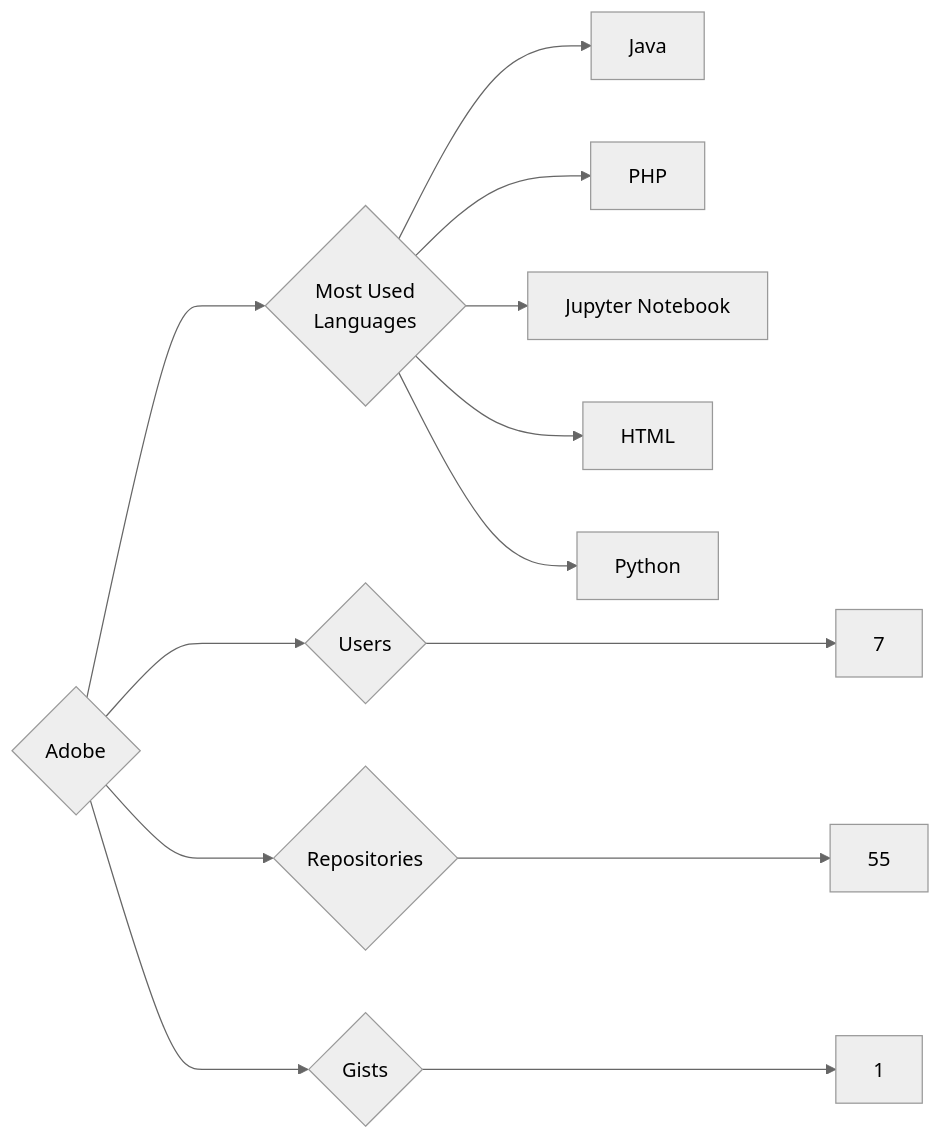
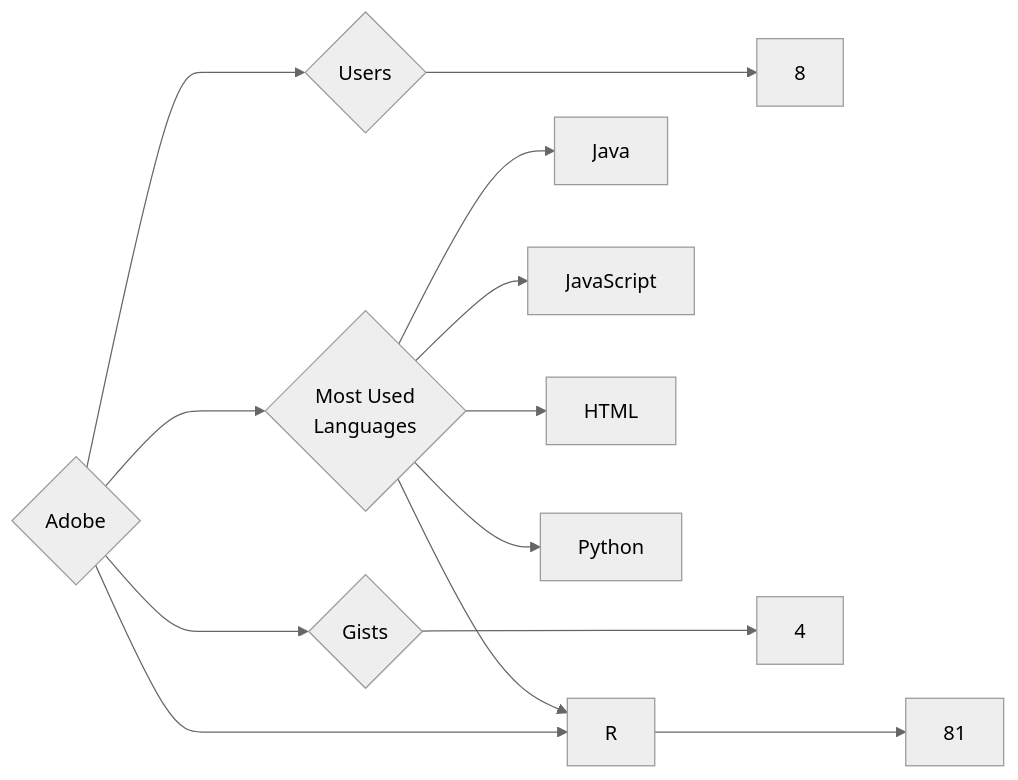
One commit to trickest/insiders changed the diagram in targets/Adobe/README.md. Above: the diagram before and after it, drawn with Mermaid (neutral theme). The commit also changed 859 other files, not shown here.

````diff
--- a/targets/Adobe/README.md
+++ b/targets/Adobe/README.md
@@ -3,13 +3,13 @@
 ```mermaid
 graph LR
 COMPANY_NAME{Adobe}
-COMPANY_NAME ---> U{Users} ---> UN[7]
-COMPANY_NAME ---> R{Repositories} ---> RN[55]
-COMPANY_NAME ---> G{Gists} ---> GN[1]
+COMPANY_NAME ---> U{Users} ---> UN[8]
+COMPANY_NAME ---> R{Repositories} ---> RN[81]
+COMPANY_NAME ---> G{Gists} ---> GN[4]
 COMPANY_NAME ---> ML{Most Used<br>Languages}
 ML --> Java[Java]
-ML --> PHP[PHP]
-ML --> Jupyter_Notebook[Jupyter Notebook]
+ML --> R[R]
+ML --> JavaScript[JavaScript]
 ML --> HTML[HTML]
 ML --> Python[Python]
 ```
````
